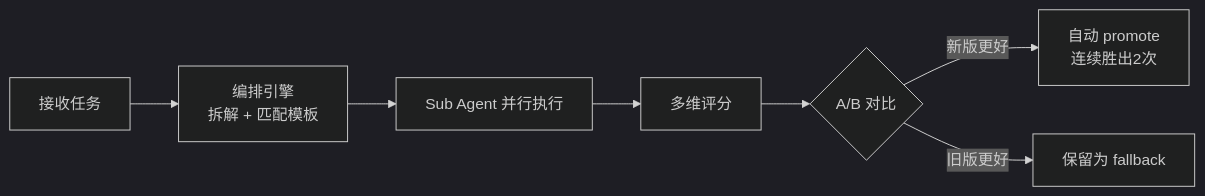
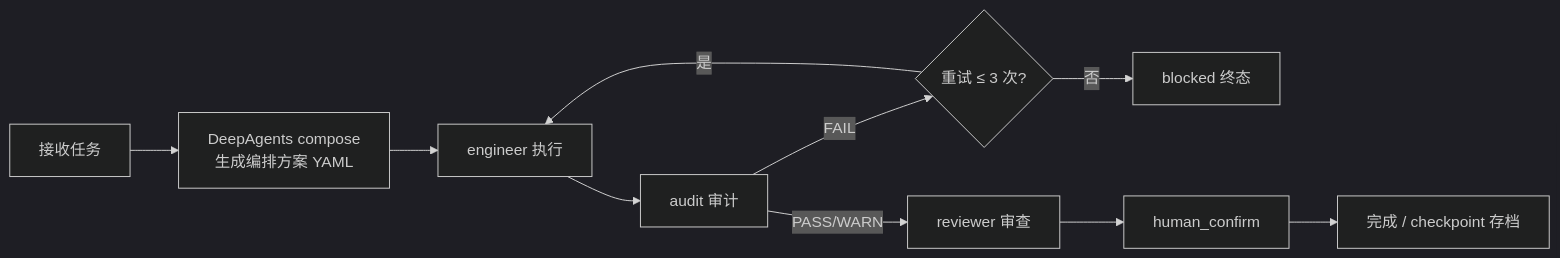
The fourth of 6 diagrams in README.md (KongFangXun/sofagent), drawn with Mermaid (dark theme) before and after one commit. The commit also changed other lines of this file and 2 other files, not shown here.

Commit message:
docs: 编排引擎措辞诚实化——LOOP 串行 + 能力边界标注
按代码事实修正编排引擎描述（之前写的「多 Sub Agent 并行执行」是设计愿景，
代码中无 Promise.all/并行分发，LOOP 是严格串行 StateGraph）：

README.md + README.en.md：
- 总览图：多 Agent 并行 → LOOP 自迭代·任务拆解
- 状态表：✅ 稳定 → 🔶 部分，作用描述改为「LOOP 自迭代串行 + 任务拆解」
- 编排引擎详情区：
  · Mermaid 换成实际 LOOP 流程图（compose→engineer→audit→reviewer→confirm）
  · 文案诚实化：写清当前两层能力（compose 拆解 + LOOP 串行自迭代）
  · 新增 🔶 能力边界 blockquote：串行非并行 DAG、A/B 靠日志统计非实时双跑
  · 指向 ROADMAP v1.3.0（完整 DAG 并行调度 + 沙箱执行）

docs/ARCHITECTURE.md：
- 引擎表编排行：DeepAgents + compose CLI → LOOP 串行自迭代 + 任务拆解 🔶

````diff
--- a/README.md
+++ b/README.md
@@ -179,9 +179,12 @@
 ```mermaid
 graph LR
-    A[接收任务] --> B[编排引擎<br/>拆解 + 匹配模板]
-    B --> C[Sub Agent 并行执行]
-    C --> D[多维评分]
-    D --> E{A/B 对比}
-    E -->|新版更好| F[自动 promote<br/>连续胜出2次]
-    E -->|旧版更好| G[保留为 fallback]
+    A[接收任务] --> B[DeepAgents compose<br/>生成编排方案 YAML]
+    B --> E[engineer 执行]
+    E --> F[audit 审计]
+    F -->|FAIL| G{重试 ≤ 3 次?}
+    G -->|是| E
+    G -->|否| H[blocked 终态]
+    F -->|PASS/WARN| I[reviewer 审查]
+    I --> J[human_confirm]
+    J --> K[完成 / checkpoint 存档]
 ```
````
